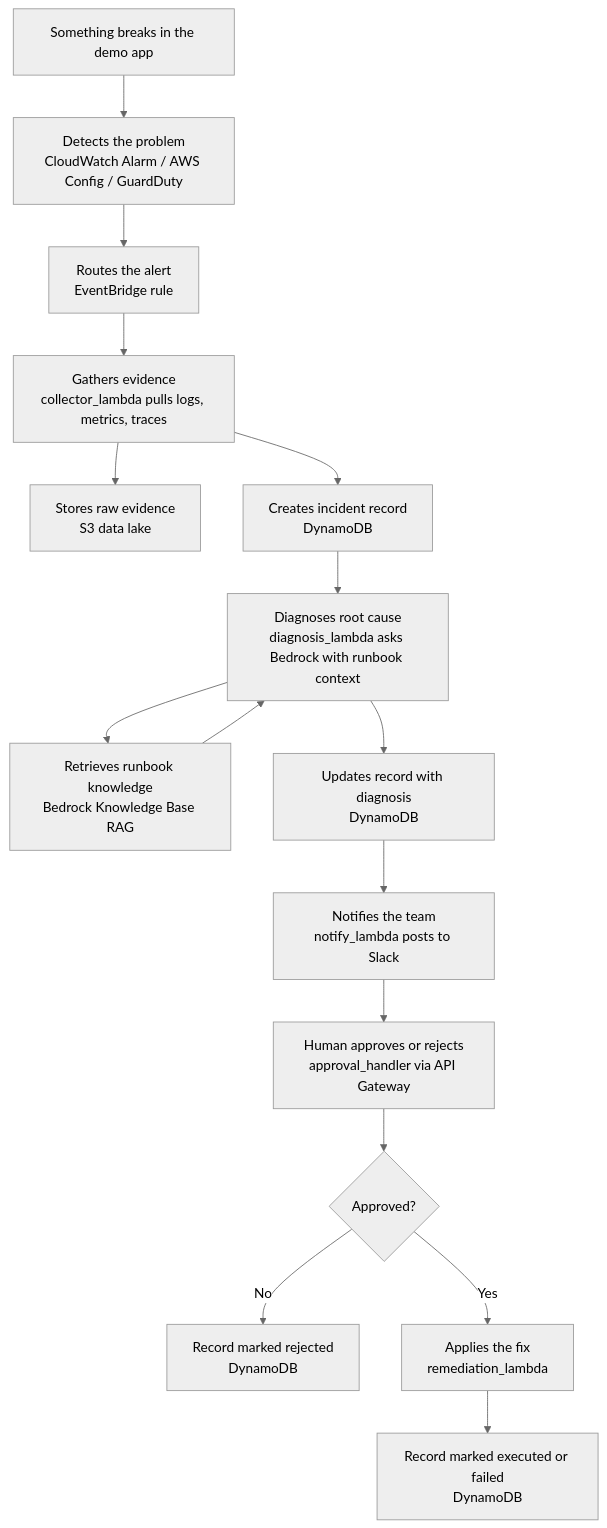
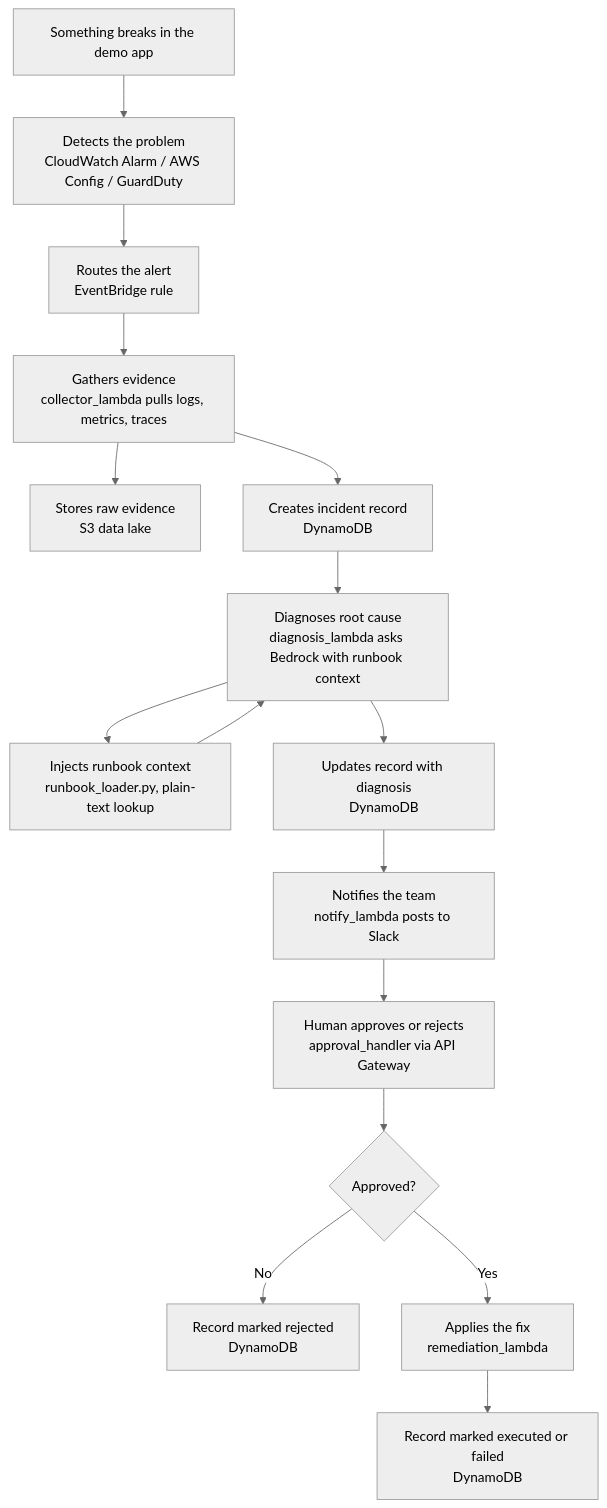
The first of 2 diagrams in README.md (sarthakbhagia/LLM-Assisted-Cloud-Incident-Response-AWS-SBG), drawn with Mermaid (neutral theme) before and after one commit. The commit also changed other lines of this file and 13 other files, not shown here.

````diff
--- a/README.md
+++ b/README.md
@@ -36,18 +36,18 @@
 ```mermaid
 flowchart TD
     A[Something breaks in the demo app] --> B[Detects the problem<br/>CloudWatch Alarm / AWS Config / GuardDuty]
     B --> C[Routes the alert<br/>EventBridge rule]
     C --> D[Gathers evidence<br/>collector_lambda pulls logs, metrics, traces]
     D --> E[Stores raw evidence<br/>S3 data lake]
     D --> F[Creates incident record<br/>DynamoDB]
     F --> G[Diagnoses root cause<br/>diagnosis_lambda asks Bedrock with runbook context]
-    G --> H[Retrieves runbook knowledge<br/>Bedrock Knowledge Base RAG]
+    G --> H[Injects runbook context<br/>runbook_loader.py, plain-text lookup]
     H --> G
     G --> F2[Updates record with diagnosis<br/>DynamoDB]
     F2 --> I[Notifies the team<br/>notify_lambda posts to Slack]
     I --> J[Human approves or rejects<br/>approval_handler via API Gateway]
     J --> K{Approved?}
     K -- No --> F3[Record marked rejected<br/>DynamoDB]
     K -- Yes --> L[Applies the fix<br/>remediation_lambda]
     L --> F4[Record marked executed or failed<br/>DynamoDB]
 ```
````
